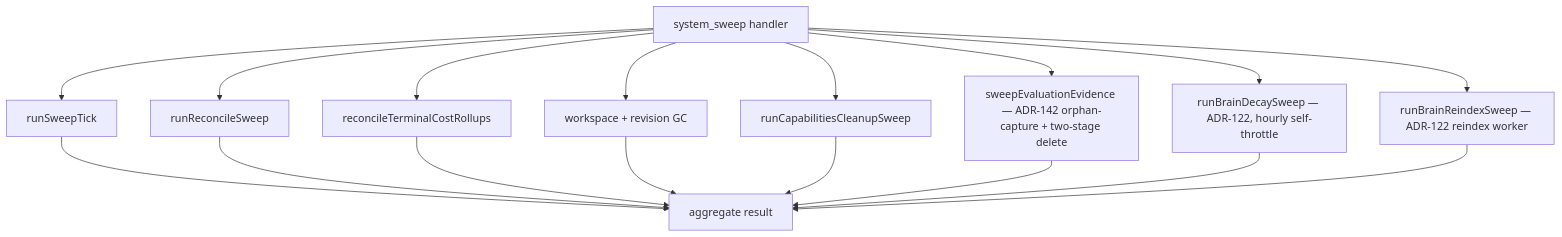
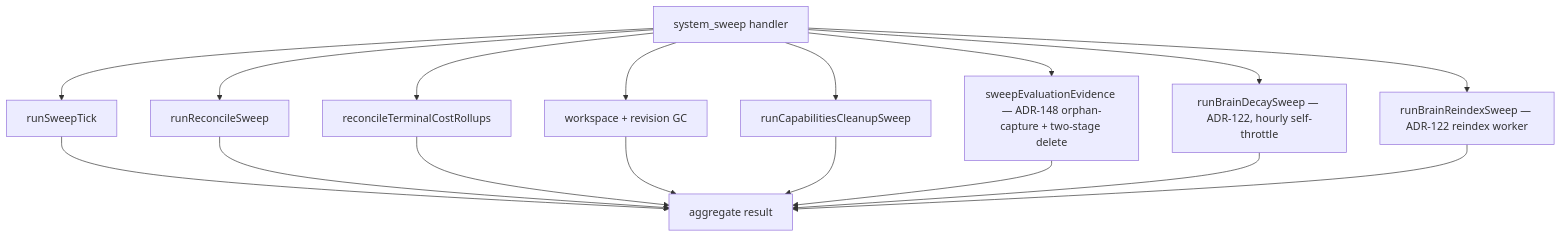
The fourth of 5 diagrams in docs/system-analytics/scheduler.md (maister-dev/maister), drawn with Mermaid before and after one commit. The commit also changed other lines of this file and 96 other files, not shown here.

````diff
--- a/docs/system-analytics/scheduler.md
+++ b/docs/system-analytics/scheduler.md
@@ -251,19 +251,19 @@
 ```mermaid
 flowchart TD
     Sweep[system_sweep handler] --> Keepalive[runSweepTick]
     Sweep --> Reconcile[runReconcileSweep]
     Sweep --> CostReconcile[reconcileTerminalCostRollups]
     Sweep --> Gc[workspace + revision GC]
     Sweep --> CapCleanup[runCapabilitiesCleanupSweep]
-    Sweep --> EvalEvidence[sweepEvaluationEvidence — ADR-142 orphan-capture + two-stage delete]
+    Sweep --> EvalEvidence[sweepEvaluationEvidence — ADR-148 orphan-capture + two-stage delete]
     Sweep --> BrainDecay[runBrainDecaySweep — ADR-122, hourly self-throttle]
     Sweep --> BrainReindex[runBrainReindexSweep — ADR-122 reindex worker]
     Keepalive --> Summary[aggregate result]
     Reconcile --> Summary
     CostReconcile --> Summary
     Gc --> Summary
     CapCleanup --> Summary
     EvalEvidence --> Summary
     BrainDecay --> Summary
     BrainReindex --> Summary
 ```
````
